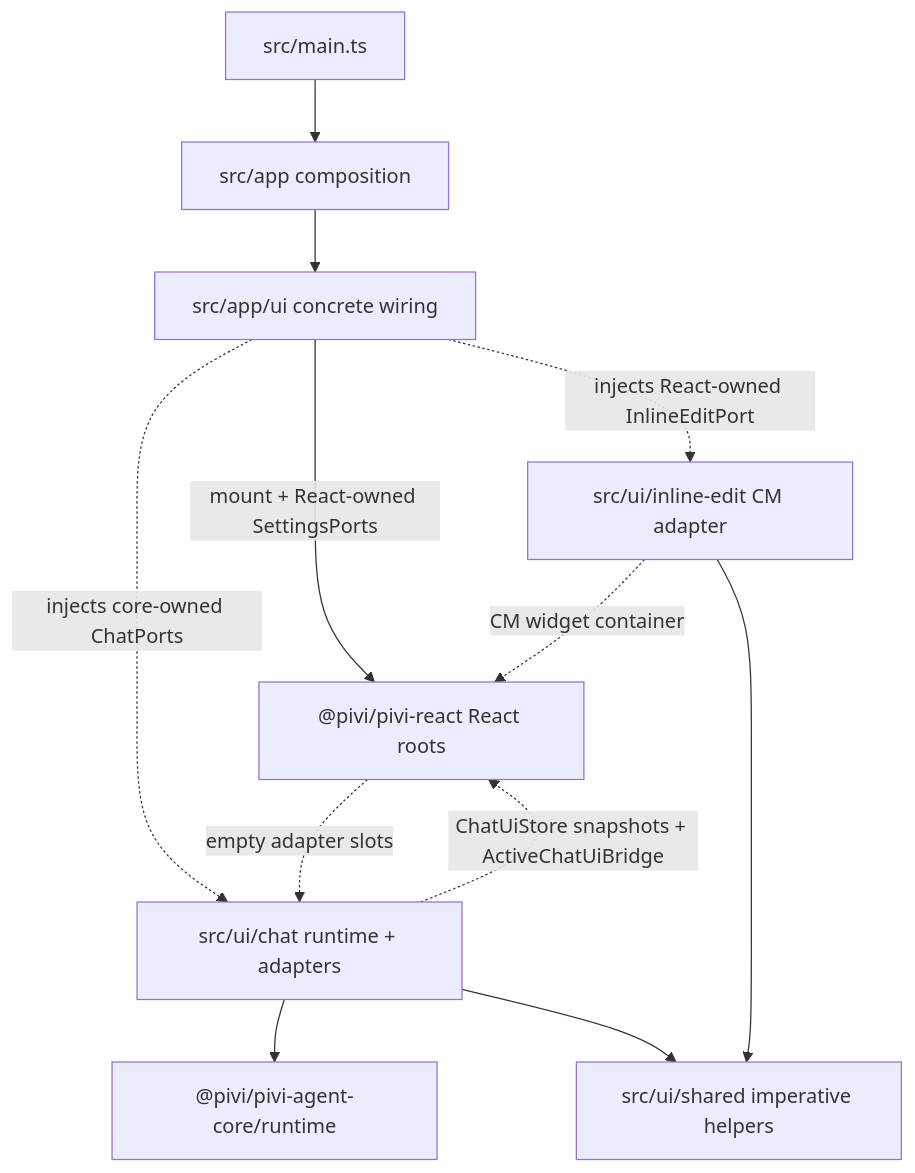
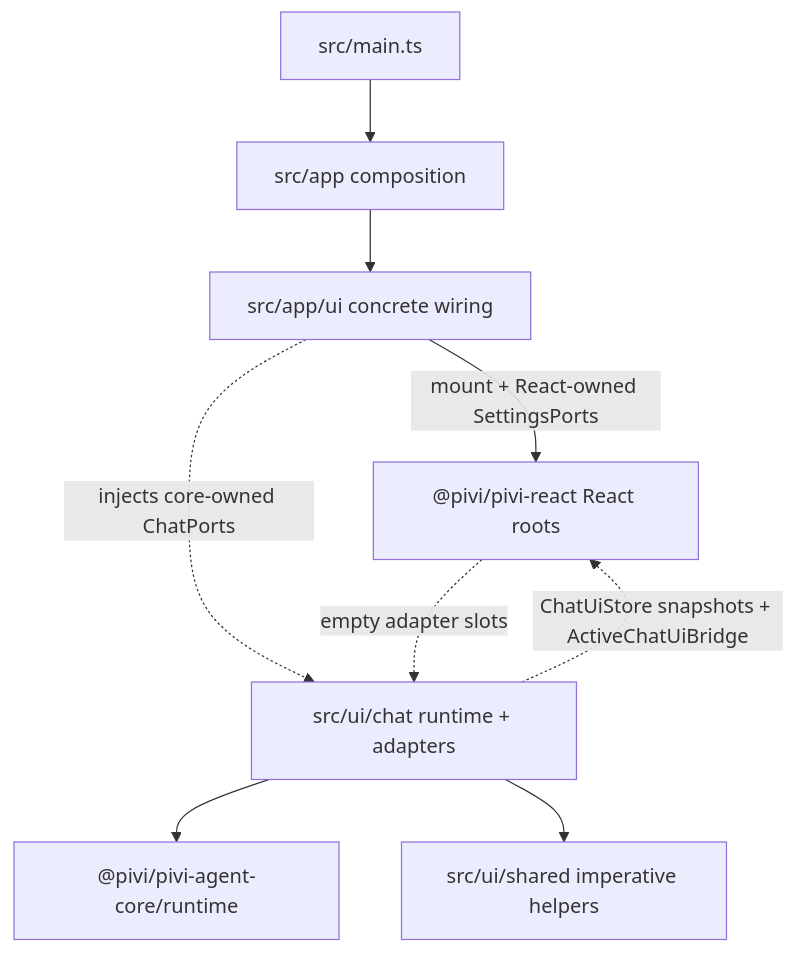
One commit to shuuul/obsidian-pivi changed the diagram in src/ui/AGENTS.md. Above: the diagram before and after it, drawn with Mermaid. The commit also changed other lines of this file and 70 other files, not shown here.

First line of the commit message:
refactor(editor): remove inline edit

````diff
--- a/src/ui/AGENTS.md
+++ b/src/ui/AGENTS.md
@@ -13,14 +13,11 @@
 ```mermaid
 flowchart TD
   Main["src/main.ts"] --> App["src/app composition"]
   App --> AppUI["src/app/ui concrete wiring"]
   AppUI -- "mount + React-owned SettingsPorts" --> ReactUI["@pivi/pivi-react React roots"]
   AppUI -. "injects core-owned ChatPorts" .-> Chat["src/ui/chat runtime + adapters"]
-  AppUI -. "injects React-owned InlineEditPort" .-> Inline["src/ui/inline-edit CM adapter"]
   Chat -. "ChatUiStore snapshots + ActiveChatUiBridge" .-> ReactUI
   ReactUI -. "empty adapter slots" .-> Chat
-  Inline -. "CM widget container" .-> ReactUI
   Chat --> Runtime["@pivi/pivi-agent-core/runtime"]
   Chat --> Shared["src/ui/shared imperative helpers"]
-  Inline --> Shared
 ```
````
